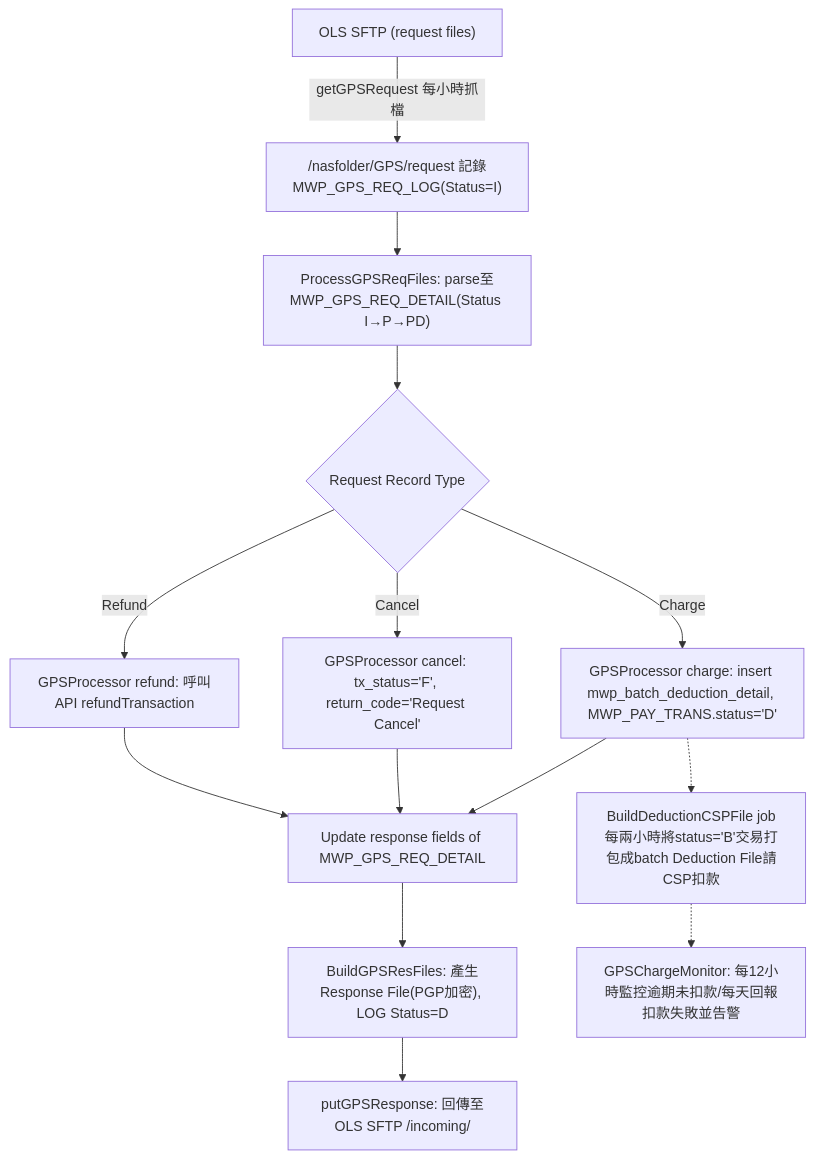
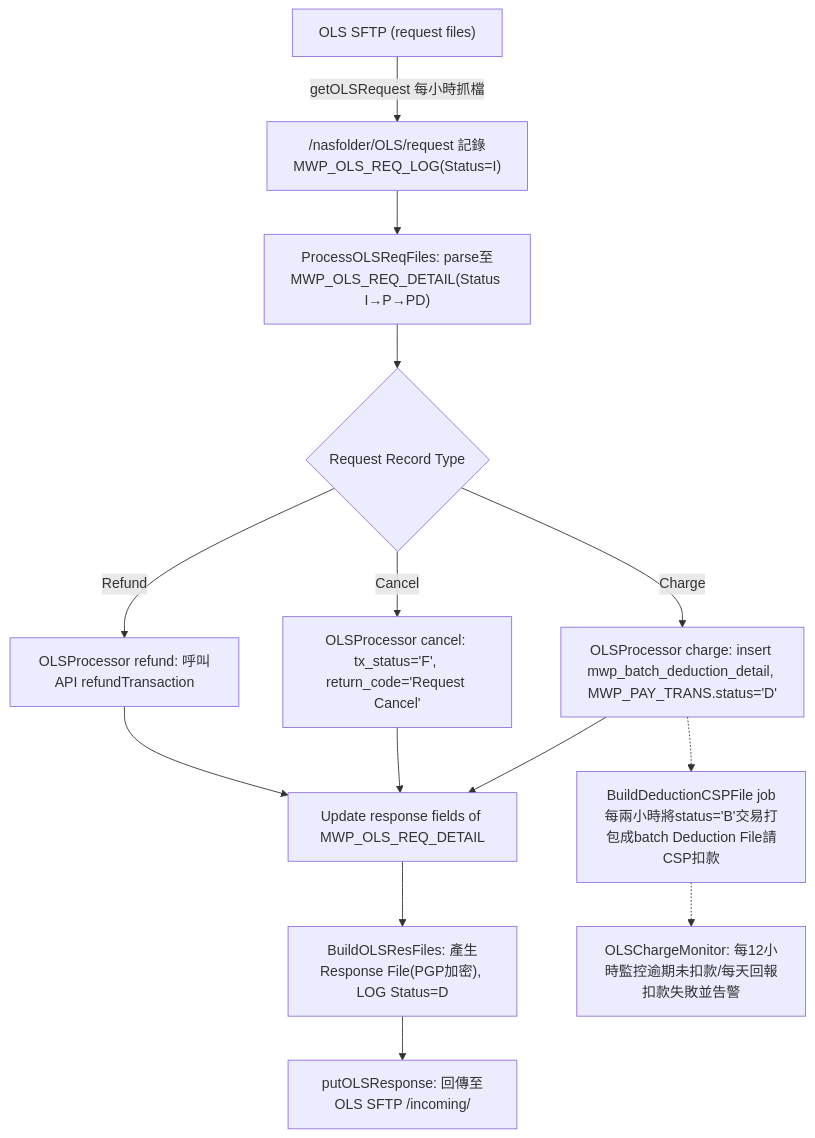
One commit to ChunPingWang/ai-workshop changed the fifth of 7 diagrams in new-pay_OnlineStore_FSD.md. Above: the diagram before and after it, drawn with Mermaid. The commit also changed other lines of this file and 28 other files, not shown here.

First line of the commit message:
去識別化：全面移除 GPS 字眼，改以 OnlineStore 縮寫 OLS

````diff
--- a/new-pay_OnlineStore_FSD.md
+++ b/new-pay_OnlineStore_FSD.md
@@ -424,16 +424,16 @@
 ```mermaid
 flowchart TD
-    A["OLS SFTP (request files)"] -->|"getGPSRequest 每小時抓檔"| B["/nasfolder/GPS/request 記錄MWP_GPS_REQ_LOG(Status=I)"]
-    B --> C["ProcessGPSReqFiles: parse至MWP_GPS_REQ_DETAIL(Status I→P→PD)"]
+    A["OLS SFTP (request files)"] -->|"getOLSRequest 每小時抓檔"| B["/nasfolder/OLS/request 記錄MWP_OLS_REQ_LOG(Status=I)"]
+    B --> C["ProcessOLSReqFiles: parse至MWP_OLS_REQ_DETAIL(Status I→P→PD)"]
     C --> D{"Request Record Type"}
-    D -- Charge --> E["GPSProcessor charge: insert mwp_batch_deduction_detail, MWP_PAY_TRANS.status='D'"]
-    D -- Cancel --> F["GPSProcessor cancel: tx_status='F', return_code='Request Cancel'"]
-    D -- Refund --> G["GPSProcessor refund: 呼叫API refundTransaction"]
-    E --> H["Update response fields of MWP_GPS_REQ_DETAIL"]
+    D -- Charge --> E["OLSProcessor charge: insert mwp_batch_deduction_detail, MWP_PAY_TRANS.status='D'"]
+    D -- Cancel --> F["OLSProcessor cancel: tx_status='F', return_code='Request Cancel'"]
+    D -- Refund --> G["OLSProcessor refund: 呼叫API refundTransaction"]
+    E --> H["Update response fields of MWP_OLS_REQ_DETAIL"]
     F --> H
     G --> H
     E -.-> I["BuildDeductionCSPFile job每兩小時將status='B'交易打包成batch Deduction File請CSP扣款"]
-    H --> J["BuildGPSResFiles: 產生Response File(PGP加密), LOG Status=D"]
-    J --> K["putGPSResponse: 回傳至OLS SFTP /incoming/"]
-    I -.-> L["GPSChargeMonitor: 每12小時監控逾期未扣款/每天回報扣款失敗並告警"]
+    H --> J["BuildOLSResFiles: 產生Response File(PGP加密), LOG Status=D"]
+    J --> K["putOLSResponse: 回傳至OLS SFTP /incoming/"]
+    I -.-> L["OLSChargeMonitor: 每12小時監控逾期未扣款/每天回報扣款失敗並告警"]
 ```
````
